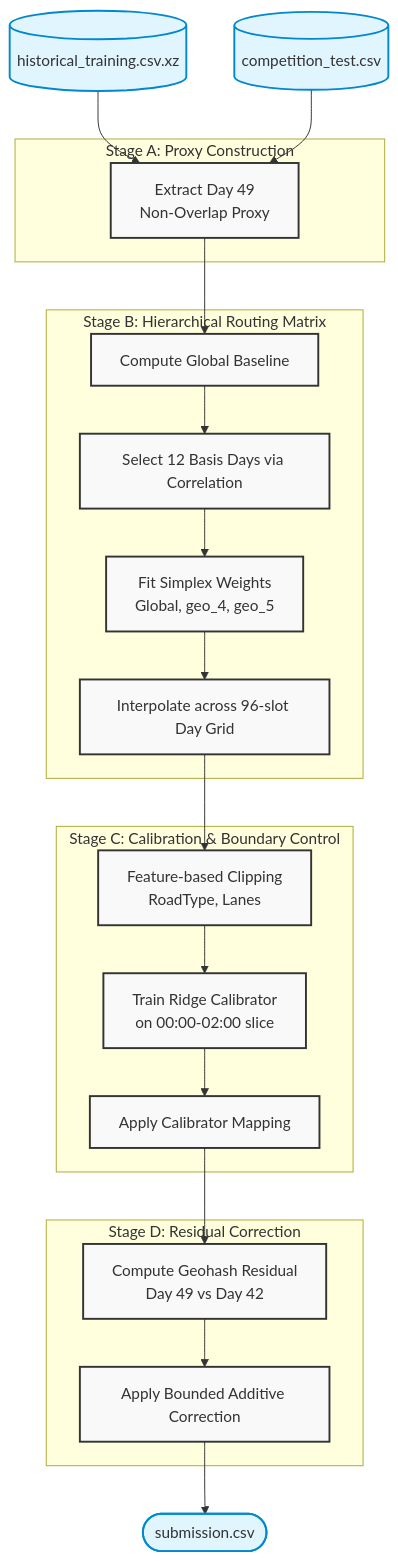
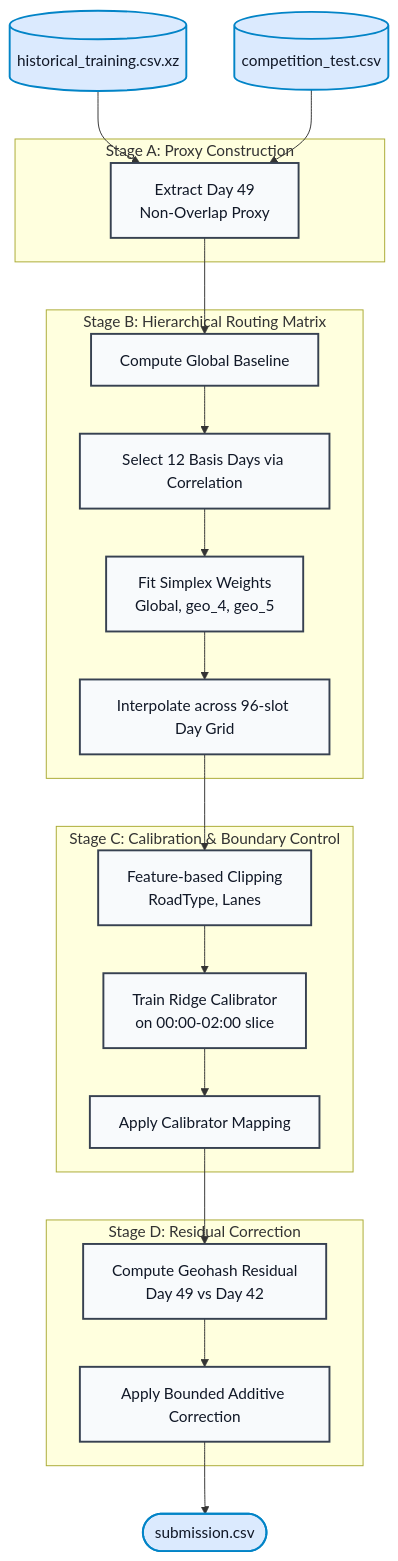
The diagram in README.md (SNiPERxDD/GridLock2.0), drawn with Mermaid before and after one commit. The commit also changed other lines of this file, not shown here.

Commit message:
Refine README footer and add data disclaimer

````diff
--- a/README.md
+++ b/README.md
@@ -49,32 +49,44 @@
 ```mermaid
+%%{init: {
+%%  "theme": "base",
+%%  "themeVariables": {
+%%    "background": "#0d1117",
+%%    "primaryTextColor": "#111827",
+%%    "secondaryTextColor": "#111827",
+%%    "tertiaryTextColor": "#111827",
+%%    "lineColor": "#d1d5db",
+%%    "clusterBkg": "#374151",
+%%    "clusterBorder": "#9ca3af"
+%%  }
+%%}}%%
 graph TD
-    classDef stage fill:#f9f9f9,stroke:#333,stroke-width:2px;
-    classDef data fill:#e1f5fe,stroke:#0288d1,stroke-width:2px;
+    classDef stage fill:#f8fafc,color:#111827,stroke:#374151,stroke-width:2px;
+    classDef data fill:#dbeafe,color:#111827,stroke:#0284c7,stroke-width:2px;
 
     D1[(historical_training.csv.xz)]:::data --> P1
     D2[(competition_test.csv)]:::data --> P1
 
     subgraph Stage A: Proxy Construction
         P1[Extract Day 49 <br/> Non-Overlap Proxy]:::stage
     end
 
     subgraph Stage B: Hierarchical Routing Matrix
         P1 --> M1[Compute Global Baseline]:::stage
         M1 --> M2[Select 12 Basis Days via Correlation]:::stage
         M2 --> M3[Fit Simplex Weights <br/> Global, geo_4, geo_5]:::stage
         M3 --> M4[Interpolate across 96-slot Day Grid]:::stage
     end
 
     subgraph Stage C: Calibration & Boundary Control
         M4 --> C1[Feature-based Clipping <br/> RoadType, Lanes]:::stage
         C1 --> C2[Train Ridge Calibrator <br/> on 00:00-02:00 slice]:::stage
         C2 --> C3[Apply Calibrator Mapping]:::stage
     end
 
     subgraph Stage D: Residual Correction
         C3 --> R1[Compute Geohash Residual <br/> Day 49 vs Day 42]:::stage
         R1 --> R2[Apply Bounded Additive Correction]:::stage
     end
 
     R2 --> O1([submission.csv]):::data
 ```
````
